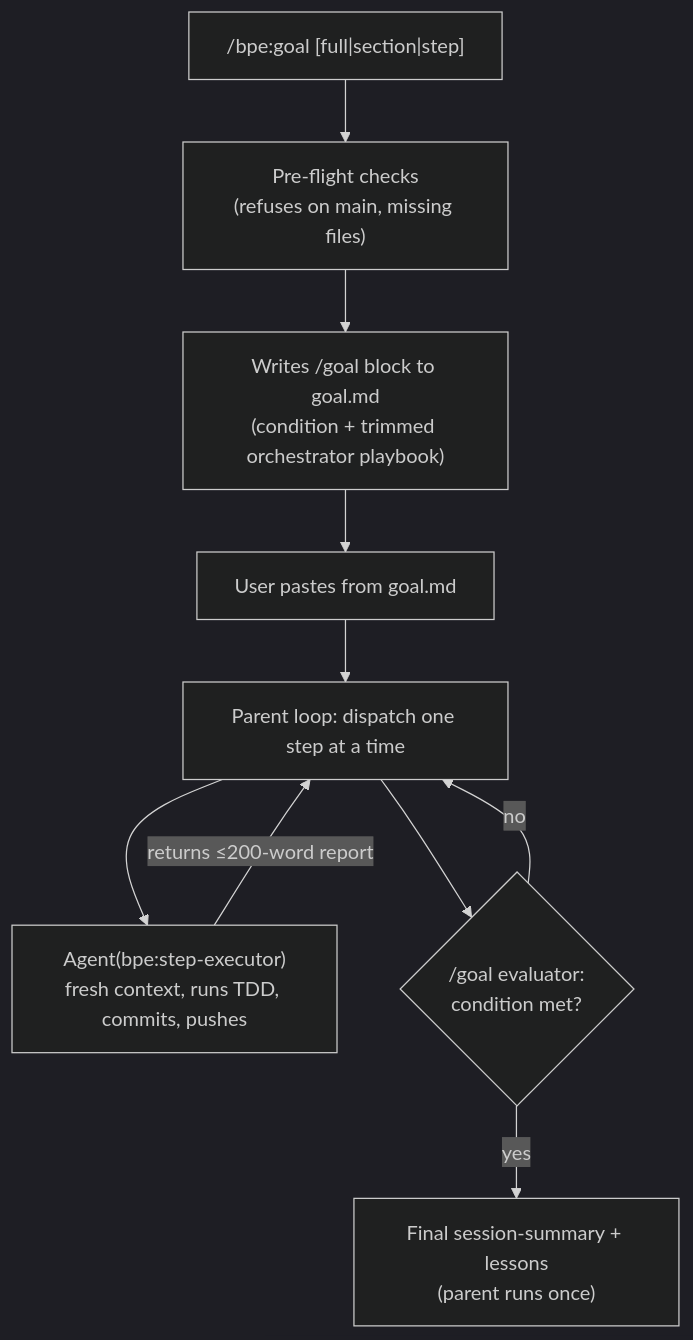
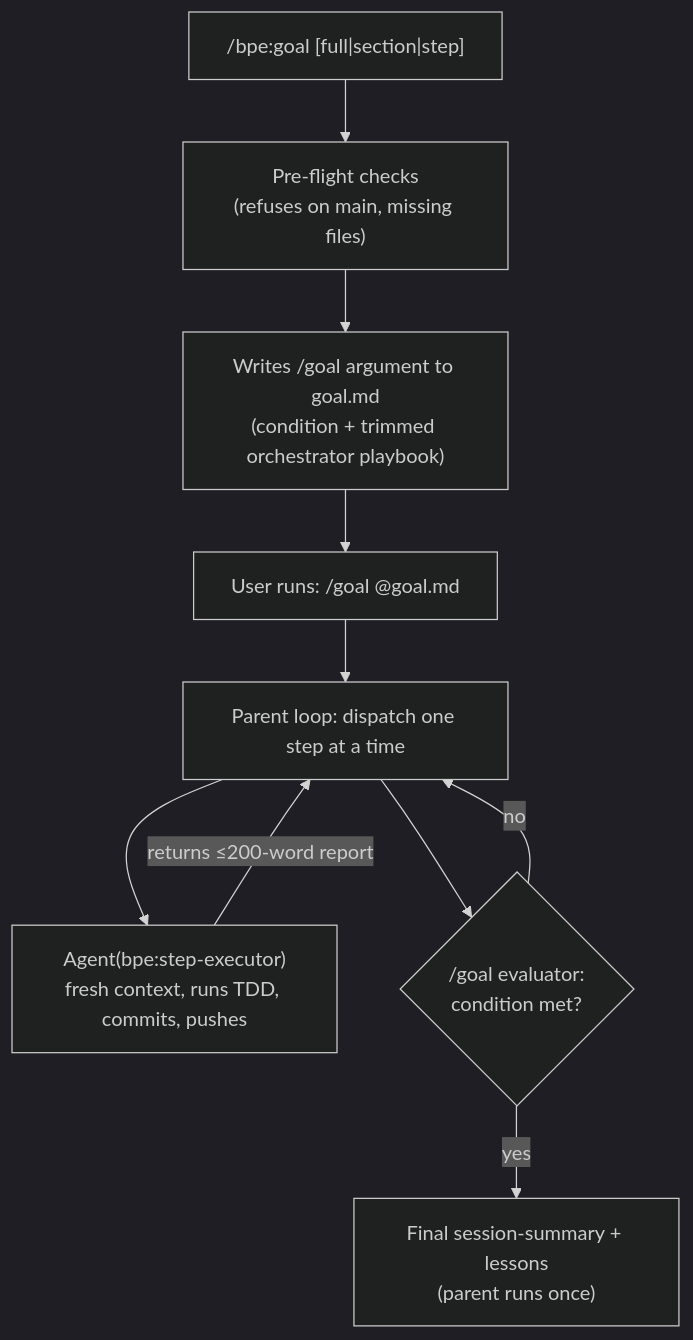
Before and after one commit to MasonEgger/claude-code-plugin: the diagram in bpe/README.md, drawn with Mermaid (dark theme). The commit also changed other lines of this file and 2 other files, not shown here.

````diff
--- a/bpe/README.md
+++ b/bpe/README.md
@@ -48,12 +48,12 @@
 ```mermaid
 flowchart TD
     A["/bpe:goal [full|section|step]"] --> B["Pre-flight checks<br/>(refuses on main, missing files)"]
-    B --> C["Writes /goal block to goal.md<br/>(condition + trimmed orchestrator playbook)"]
-    C --> D["User pastes from goal.md"]
+    B --> C["Writes /goal argument to goal.md<br/>(condition + trimmed orchestrator playbook)"]
+    C --> D["User runs: /goal @goal.md"]
     D --> E["Parent loop: dispatch one step at a time"]
     E --> F["Agent(bpe:step-executor)<br/>fresh context, runs TDD, commits, pushes"]
     F -->|"returns ≤200-word report"| E
     E --> G{"/goal evaluator:<br/>condition met?"}
     G -->|no| E
     G -->|yes| H["Final session-summary + lessons<br/>(parent runs once)"]
 ```
````
